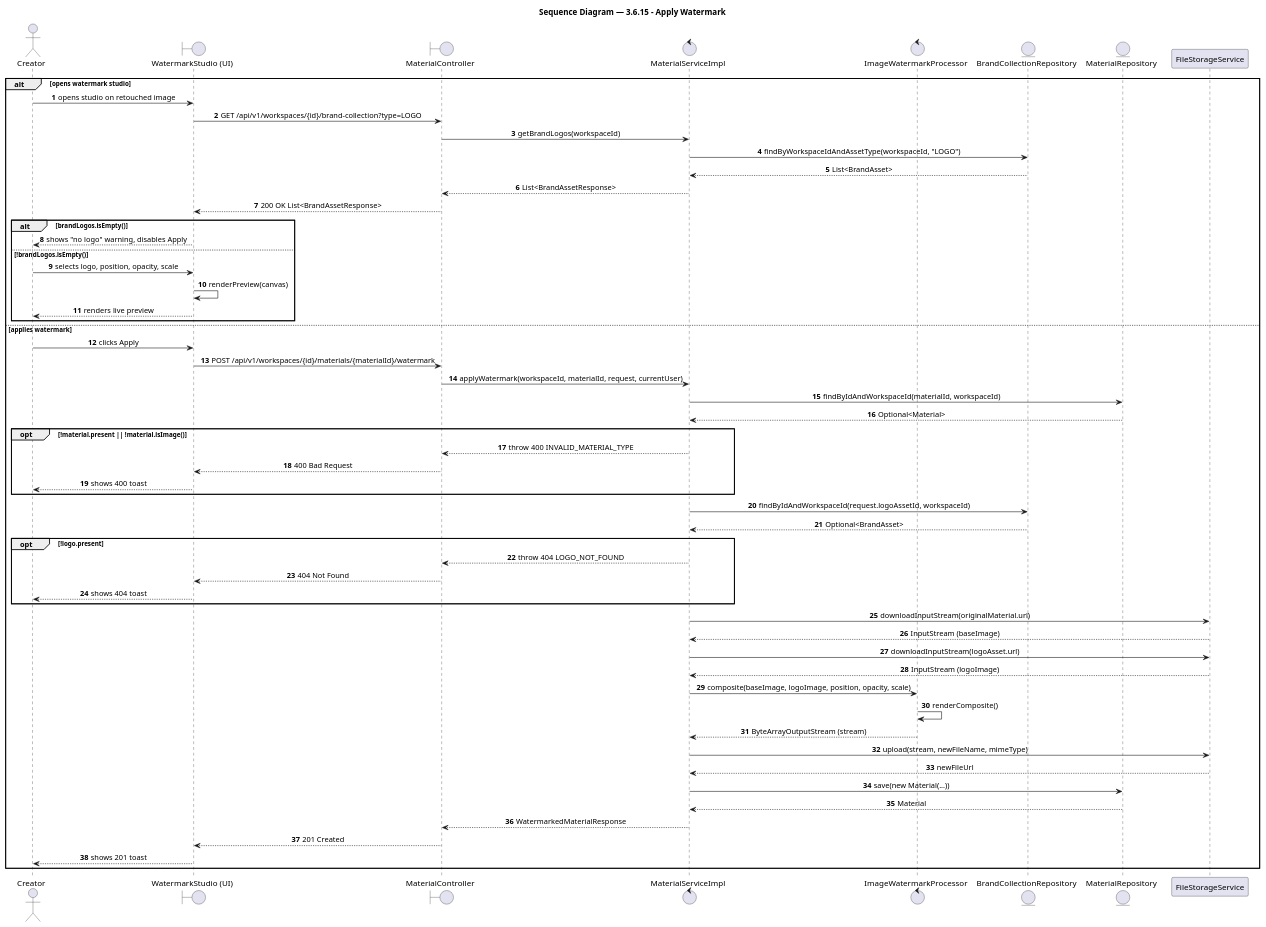
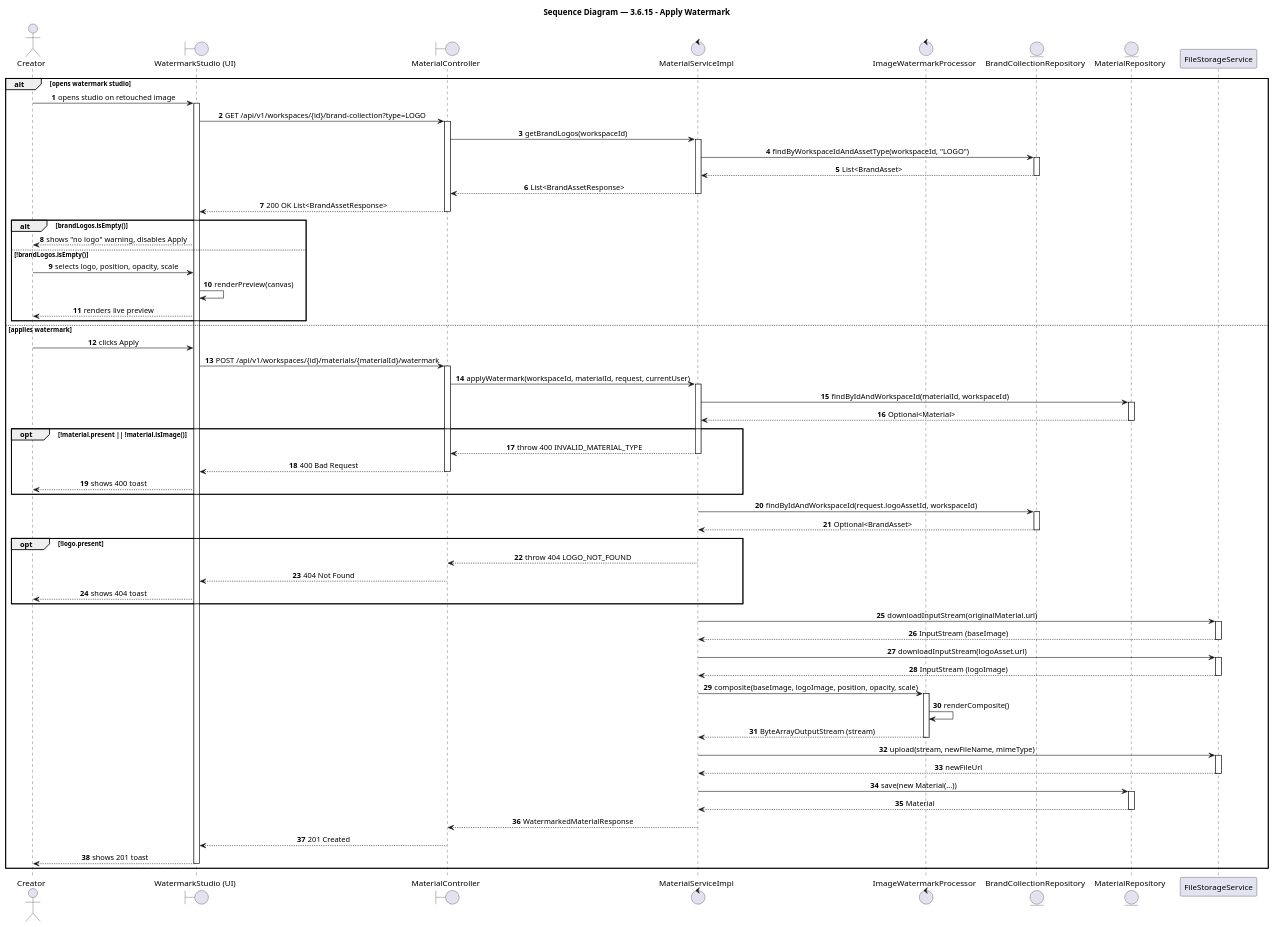
The diagram in docs/feature/content-task-workflow/3-6-15-apply-watermark/report4_sequence.puml (BrandHubOrganization/brandhub-infrastructure), drawn with PlantUML before and after one commit. The commit also changed 149 other files, not shown here.

Commit message:
docs(sequence): fix activation bars across all sequence diagrams according to UML 2.5 rules

```diff
--- a/docs/feature/content-task-workflow/3-6-15-apply-watermark/report4_sequence.puml
+++ b/docs/feature/content-task-workflow/3-6-15-apply-watermark/report4_sequence.puml
@@ -1,80 +1,114 @@
 @startuml 3.6.15 - Apply Watermark
 title Sequence Diagram — 3.6.15 - Apply Watermark
 
 autonumber
 skinparam shadowing false
 skinparam sequenceMessageAlign center
 skinparam BoxPadding 10
 skinparam ParticipantPadding 10
 
 actor "Creator" as creator
 boundary "WatermarkStudio (UI)" as watermarkmodal_ui
 boundary "MaterialController" as materialcontroller
 control "MaterialServiceImpl" as materialserviceimpl
 control "ImageWatermarkProcessor" as imagewatermarkprocessor
 entity "BrandCollectionRepository" as brandcollectionrepository
 entity "MaterialRepository" as materialrepository
 participant "FileStorageService" as filestorageservice
 
 alt opens watermark studio
   creator -> watermarkmodal_ui: opens studio on retouched image
+  activate watermarkmodal_ui
   watermarkmodal_ui -> materialcontroller: GET /api/v1/workspaces/{id}/brand-collection?type=LOGO
+  activate materialcontroller
   materialcontroller -> materialserviceimpl: getBrandLogos(workspaceId)
+  activate materialserviceimpl
   materialserviceimpl -> brandcollectionrepository: findByWorkspaceIdAndAssetType(workspaceId, "LOGO")
+  activate brandcollectionrepository
   brandcollectionrepository --> materialserviceimpl: List<BrandAsset>
+  deactivate brandcollectionrepository
   materialserviceimpl --> materialcontroller: List<BrandAssetResponse>
+  deactivate materialserviceimpl
   materialcontroller --> watermarkmodal_ui: 200 OK List<BrandAssetResponse>
+  deactivate materialcontroller
 
   alt brandLogos.isEmpty()
     watermarkmodal_ui --> creator: shows "no logo" warning, disables Apply
   else !brandLogos.isEmpty()
     creator -> watermarkmodal_ui: selects logo, position, opacity, scale
     watermarkmodal_ui -> watermarkmodal_ui: renderPreview(canvas)
     watermarkmodal_ui --> creator: renders live preview
   end
 
 else applies watermark
   creator -> watermarkmodal_ui: clicks Apply
   watermarkmodal_ui -> materialcontroller: POST /api/v1/workspaces/{id}/materials/{materialId}/watermark
+  activate materialcontroller
   materialcontroller -> materialserviceimpl: applyWatermark(workspaceId, materialId, request, currentUser)
+  activate materialserviceimpl
 
   materialserviceimpl -> materialrepository: findByIdAndWorkspaceId(materialId, workspaceId)
+  activate materialrepository
   materialrepository --> materialserviceimpl: Optional<Material>
+  deactivate materialrepository
 
   opt !material.present || !material.isImage()
     materialserviceimpl --> materialcontroller: throw 400 INVALID_MATERIAL_TYPE
+    deactivate materialserviceimpl
     materialcontroller --> watermarkmodal_ui: 400 Bad Request
+    deactivate materialcontroller
     watermarkmodal_ui --> creator: shows 400 toast
   end
+  activate materialserviceimpl
+  activate materialcontroller
 
   materialserviceimpl -> brandcollectionrepository: findByIdAndWorkspaceId(request.logoAssetId, workspaceId)
+  activate brandcollectionrepository
   brandcollectionrepository --> materialserviceimpl: Optional<BrandAsset>
+  deactivate brandcollectionrepository
 
   opt !logo.present
     materialserviceimpl --> materialcontroller: throw 404 LOGO_NOT_FOUND
+    deactivate materialserviceimpl
     materialcontroller --> watermarkmodal_ui: 404 Not Found
+    deactivate materialcontroller
     watermarkmodal_ui --> creator: shows 404 toast
   end
+  activate materialserviceimpl
+  activate materialcontroller
 
   materialserviceimpl -> filestorageservice: downloadInputStream(originalMaterial.url)
+  activate filestorageservice
   filestorageservice --> materialserviceimpl: InputStream (baseImage)
+  deactivate filestorageservice
 
   materialserviceimpl -> filestorageservice: downloadInputStream(logoAsset.url)
+  activate filestorageservice
   filestorageservice --> materialserviceimpl: InputStream (logoImage)
+  deactivate filestorageservice
 
   materialserviceimpl -> imagewatermarkprocessor: composite(baseImage, logoImage, position, opacity, scale)
+  activate imagewatermarkprocessor
   imagewatermarkprocessor -> imagewatermarkprocessor: renderComposite()
   imagewatermarkprocessor --> materialserviceimpl: ByteArrayOutputStream (stream)
+  deactivate imagewatermarkprocessor
 
   materialserviceimpl -> filestorageservice: upload(stream, newFileName, mimeType)
+  activate filestorageservice
   filestorageservice --> materialserviceimpl: newFileUrl
+  deactivate filestorageservice
 
   materialserviceimpl -> materialrepository: save(new Material(...))
+  activate materialrepository
   materialrepository --> materialserviceimpl: Material
+  deactivate materialrepository
 
   materialserviceimpl --> materialcontroller: WatermarkedMaterialResponse
+  deactivate materialserviceimpl
   materialcontroller --> watermarkmodal_ui: 201 Created
+  deactivate materialcontroller
   watermarkmodal_ui --> creator: shows 201 toast
+  deactivate watermarkmodal_ui
 end
 
 @enduml
```
